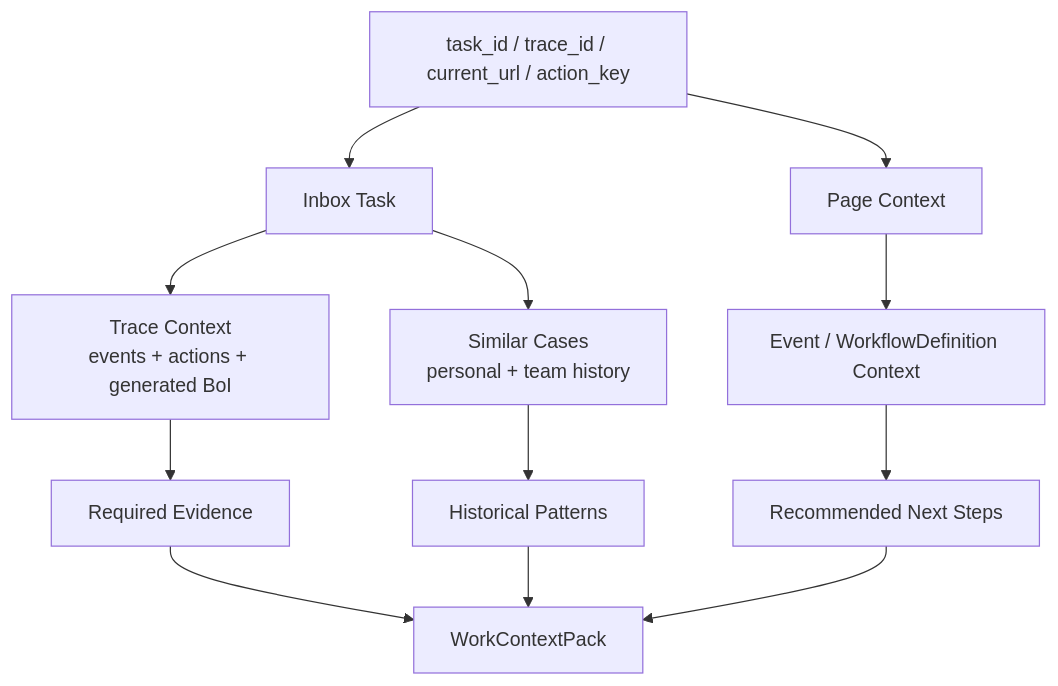
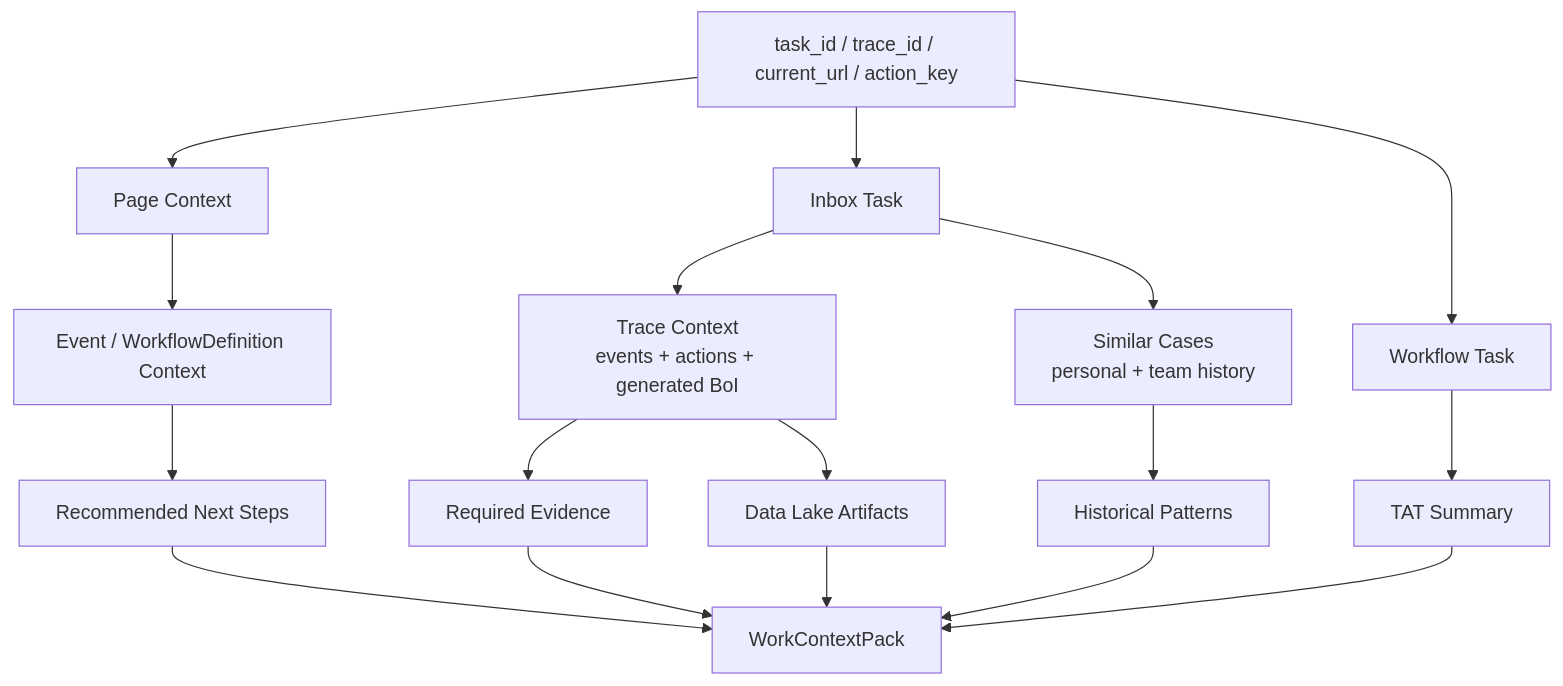
Before and after one commit to chokukil/boi-wiki: the diagram in data/boi/public/boi-wiki-manual/agent/work-context-pack.md, drawn with Mermaid. The commit also changed other lines of this file and 31 other files, not shown here.

````diff
--- a/data/boi/public/boi-wiki-manual/agent/work-context-pack.md
+++ b/data/boi/public/boi-wiki-manual/agent/work-context-pack.md
@@ -34,14 +34,19 @@
 ```mermaid
 flowchart TD
   INPUT["task_id / trace_id / current_url / action_key"] --> PAGE["Page Context"]
   INPUT --> TASK["Inbox Task"]
+  INPUT --> WT["Workflow Task"]
   TASK --> TRACE["Trace Context<br/>events + actions + generated BoI"]
+  WT --> TAT["TAT Summary"]
   TASK --> HIST["Similar Cases<br/>personal + team history"]
   TRACE --> EVIDENCE["Required Evidence"]
+  TRACE --> ART["Data Lake Artifacts"]
   HIST --> PATTERN["Historical Patterns"]
   PAGE --> CAP["Event / WorkflowDefinition Context"]
   CAP --> NEXT["Recommended Next Steps"]
   EVIDENCE --> PACK["WorkContextPack"]
+  ART --> PACK
+  TAT --> PACK
   PATTERN --> PACK
   NEXT --> PACK
 ```
````
